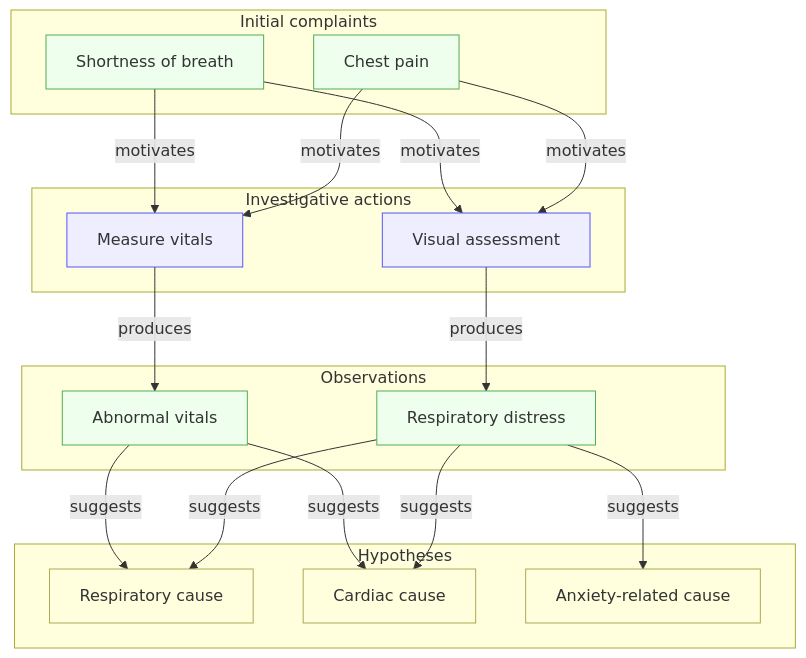
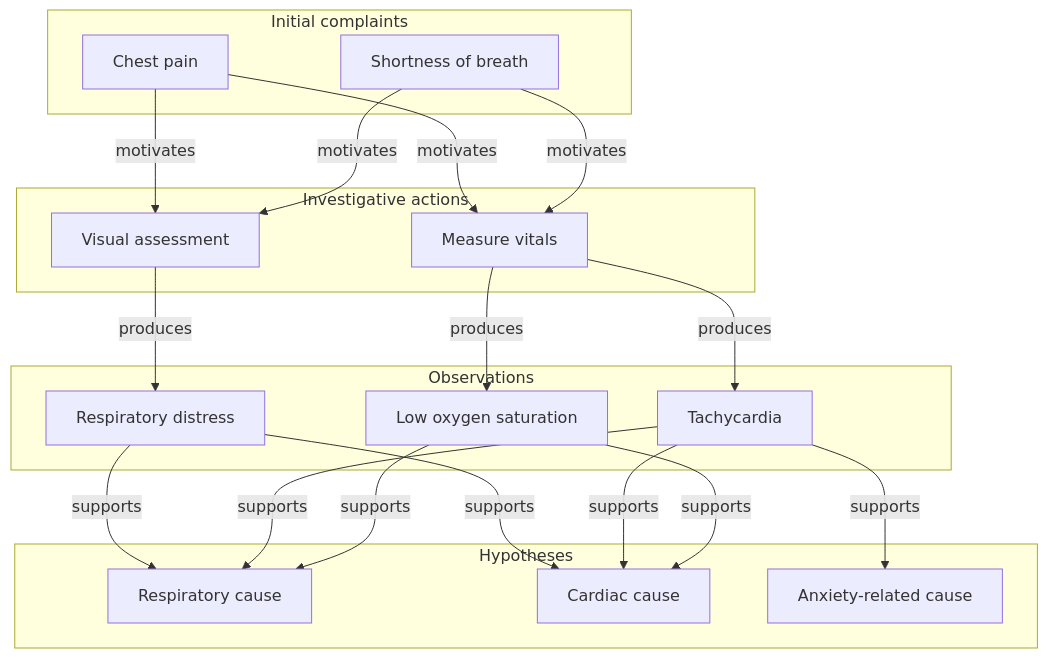
The diagram in diagrams/medical.mmd (kahunacohen/why), drawn with Mermaid before and after one commit.

Commit message:
Refactor medical diagram for clarity and updates

```diff
--- a/diagrams/medical.mmd
+++ b/diagrams/medical.mmd
@@ -1,61 +1,42 @@
 flowchart TD
 
-  %% =========================
-  %% INITIAL PRESENTATION
-  %% =========================
-  subgraph initial["Initial complaints"]
+  subgraph complaints["Initial complaints"]
     C1["Chest pain"]
     C2["Shortness of breath"]
   end
 
-  %% =========================
-  %% INVESTIGATIVE ACTIONS
-  %% =========================
   subgraph actions["Investigative actions"]
     A1["Visual assessment"]
     A2["Measure vitals"]
   end
 
   C1 -->|motivates| A1
   C2 -->|motivates| A1
   C1 -->|motivates| A2
   C2 -->|motivates| A2
 
-  %% =========================
-  %% OBSERVATIONS
-  %% =========================
   subgraph observations["Observations"]
     O1["Respiratory distress"]
-    O2["Abnormal vitals"]
+    O2["Tachycardia"]
+    O3["Low oxygen saturation"]
   end
 
   A1 -->|produces| O1
   A2 -->|produces| O2
+  A2 -->|produces| O3
 
-  %% =========================
-  %% HYPOTHESES
-  %% =========================
   subgraph hypotheses["Hypotheses"]
     H1["Respiratory cause"]
     H2["Cardiac cause"]
     H3["Anxiety-related cause"]
   end
 
-  %% Observations support multiple hypotheses
-  O1 -->|suggests| H1
-  O1 -->|suggests| H2
-  O1 -->|suggests| H3
+  O1 -->|supports| H1
+  O1 -->|supports| H2
 
-  O2 -->|suggests| H1
-  O2 -->|suggests| H2
+  O2 -->|supports| H1
+  O2 -->|supports| H2
+  O2 -->|supports| H3
 
-  %% =========================
-  %% STYLES
-  %% =========================
-  classDef obs fill:#efe,stroke:#5a5
-  classDef action fill:#eef,stroke:#55f
-  classDef hyp fill:#ffd,stroke:#aa5
-
-  class C1,C2,O1,O2 obs
-  class A1,A2 action
-  class H1,H2,H3 hyp
+  O3 -->|supports| H1
+  O3 -->|supports| H2
```
